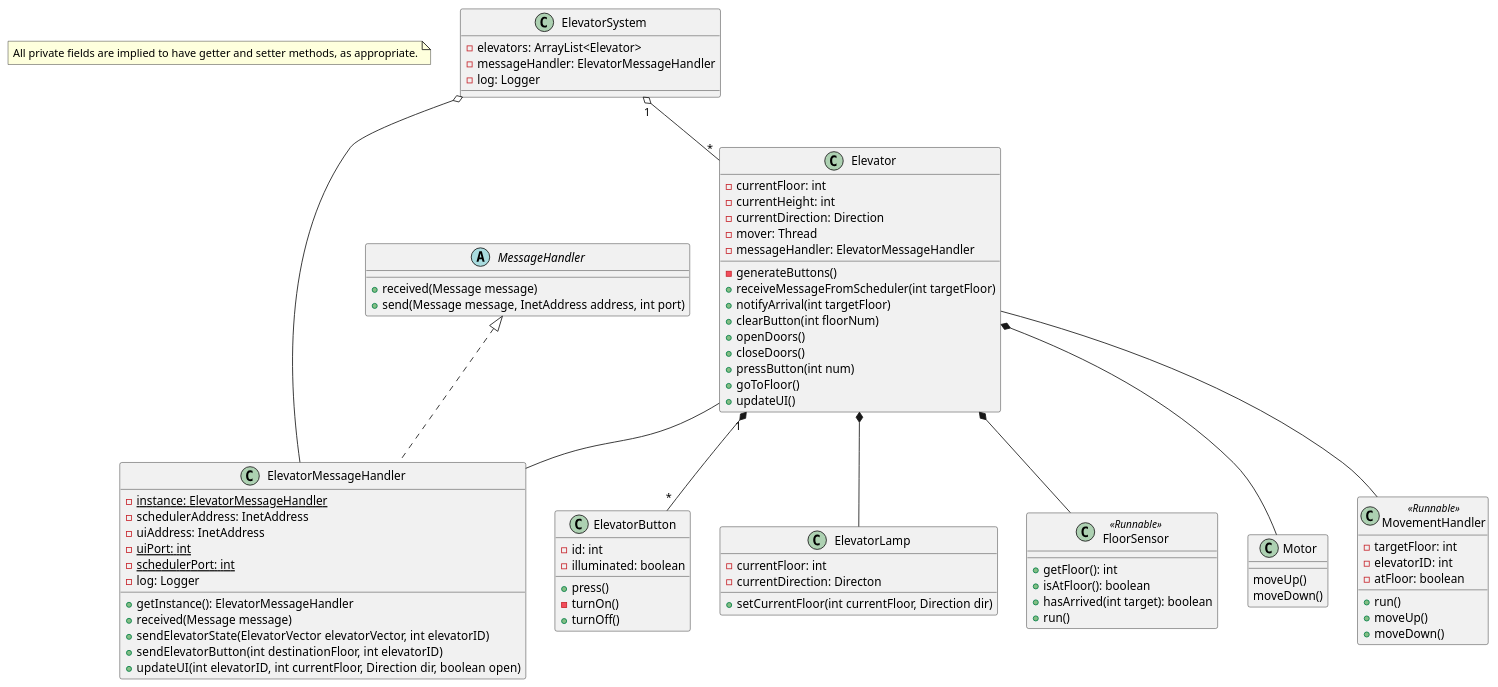
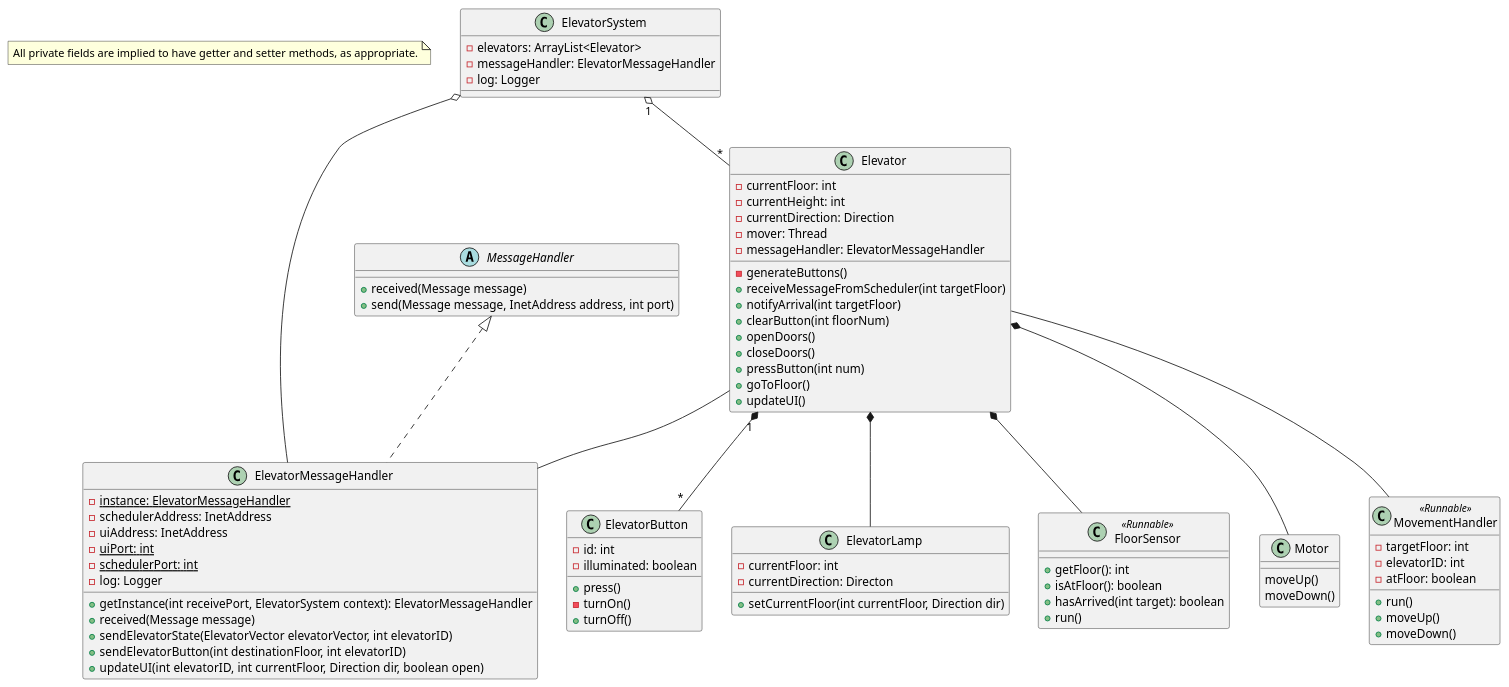
One commit to JoshuaSFryer/3303-L4G5 changed the diagram in doc/diagrams/ClassDiagrams/ElevatorClassDiagram.puml. Above: the diagram before and after it, drawn with PlantUML. The commit also changed 3 other files, not shown here.

Commit message:
Create class diagram for Simulator, based on existing one

```diff
--- a/doc/diagrams/ClassDiagrams/ElevatorClassDiagram.puml
+++ b/doc/diagrams/ClassDiagrams/ElevatorClassDiagram.puml
@@ -1,99 +1,99 @@
 @startuml
 
 note "All private fields are implied to have getter and setter methods, as appropriate." as N1
 
 class ElevatorSystem {
     -elevators: ArrayList<Elevator>
     -messageHandler: ElevatorMessageHandler
     -log: Logger
 }
 
 class Elevator {
     -currentFloor: int
     -currentHeight: int
     -currentDirection: Direction
     -mover: Thread
     -messageHandler: ElevatorMessageHandler
 
     -generateButtons()
     +receiveMessageFromScheduler(int targetFloor)
     +notifyArrival(int targetFloor)
     +clearButton(int floorNum)
     +openDoors()
     +closeDoors()
     +pressButton(int num)
     +goToFloor()
     +updateUI()
 }
 
 class ElevatorButton {
     -id: int
     -illuminated: boolean
 
     +press()
     -turnOn()
     +turnOff()
 }
 
 class ElevatorLamp {
     -currentFloor: int
     -currentDirection: Directon
 
     +setCurrentFloor(int currentFloor, Direction dir)
 }
 
 class ElevatorMessageHandler {
     -{static} instance: ElevatorMessageHandler
     -schedulerAddress: InetAddress
     -uiAddress: InetAddress
     -{static} uiPort: int
     -{static} schedulerPort: int
     -log: Logger
 
-    +getInstance(): ElevatorMessageHandler
+    +getInstance(int receivePort, ElevatorSystem context): ElevatorMessageHandler
     +received(Message message)
     +sendElevatorState(ElevatorVector elevatorVector, int elevatorID)
     +sendElevatorButton(int destinationFloor, int elevatorID)
     +updateUI(int elevatorID, int currentFloor, Direction dir, boolean open)
 }
 
 abstract class MessageHandler {
     +received(Message message)
     +send(Message message, InetAddress address, int port)
 }
 
 class FloorSensor <<Runnable>> {
     +getFloor(): int
     +isAtFloor(): boolean
     +hasArrived(int target): boolean
     +run()
 }
 
 class Motor {
     moveUp()
     moveDown()
 }
 
 class MovementHandler <<Runnable>> {
     -targetFloor: int
     -elevatorID: int
     -atFloor: boolean
 
     +run()
     +moveUp()
     +moveDown()
 }
 
 Elevator *-- Motor
 Elevator *-- FloorSensor
 Elevator "1" *-- "*" ElevatorButton
 Elevator *-- ElevatorLamp
 Elevator -- ElevatorMessageHandler
 Elevator -- MovementHandler
 
 ElevatorSystem "1" o--"*" Elevator
 ElevatorSystem o-- ElevatorMessageHandler
 
 MessageHandler <|.. ElevatorMessageHandler
 
 @enduml
```
